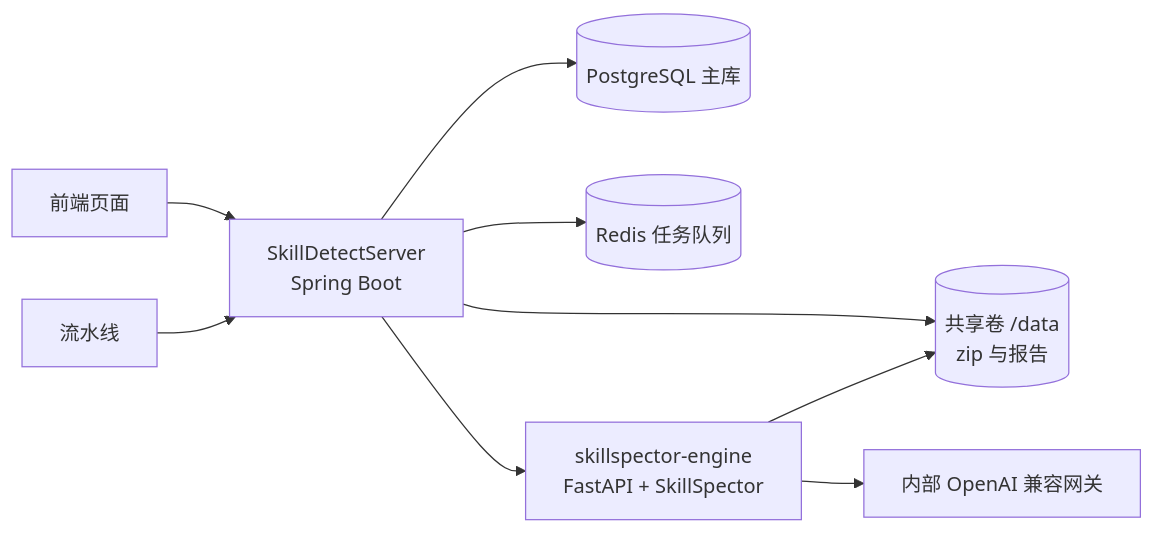
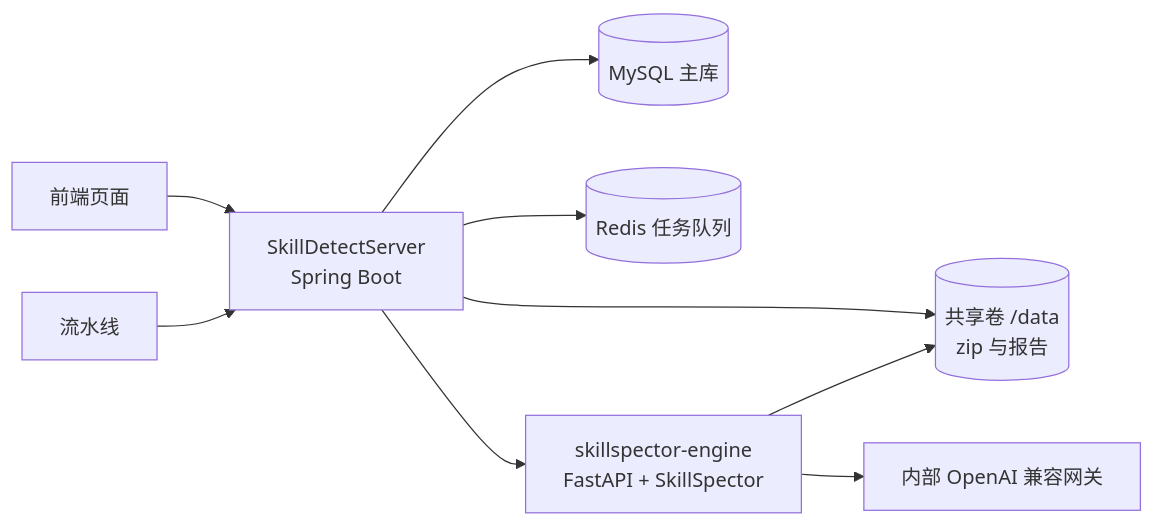
The diagram in README.md (ikaros-0117/skill-poison-detect), drawn with Mermaid before and after one commit. The commit also changed other lines of this file and 39 other files, not shown here.

Commit message:
Migrate SkillDetectServer to Java 8 / Boot 2.7 / MyBatis-Plus / MySQL

````diff
--- a/README.md
+++ b/README.md
@@ -12,11 +12,11 @@
 ```mermaid
 flowchart LR
     FE[前端页面] --> SRV
     CI[流水线] --> SRV
-    SRV[SkillDetectServer<br/>Spring Boot] --> PG[(PostgreSQL 主库)]
+    SRV[SkillDetectServer<br/>Spring Boot] --> DB[(MySQL 主库)]
     SRV --> RED[(Redis 任务队列)]
     SRV --> ENG[skillspector-engine<br/>FastAPI + SkillSpector]
     SRV --> VOL[(共享卷 /data<br/>zip 与报告)]
     ENG --> VOL
     ENG --> LLM[内部 OpenAI 兼容网关]
 ```
````
